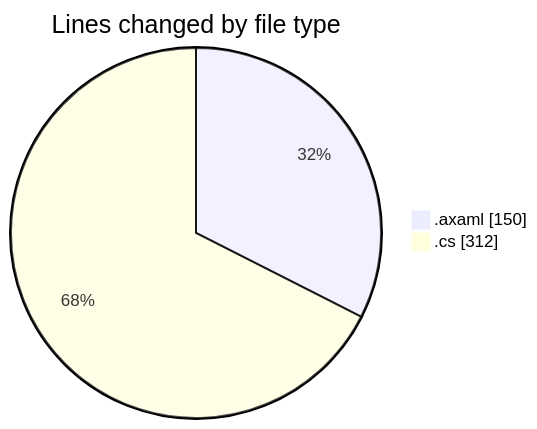
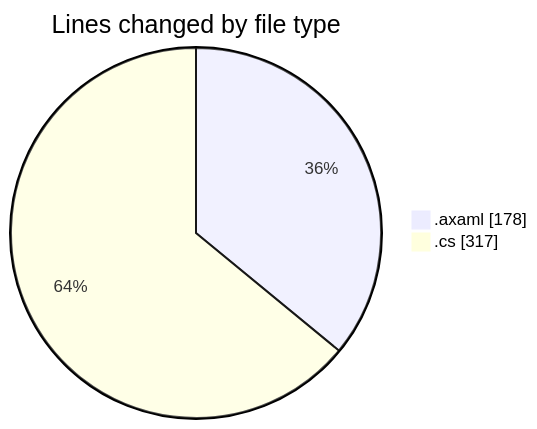
The first of 2 diagrams in 2025-11-01/skintrack/README.md (Netris89/code-tracking), drawn with Mermaid before and after one commit. The commit also changed other lines of this file and 1 other file, not shown here.

````diff
--- a/2025-11-01/skintrack/README.md
+++ b/2025-11-01/skintrack/README.md
@@ -24,6 +24,6 @@
 ```mermaid
 pie showData
 title Lines changed by file type
-".axaml" : 150
-".cs" : 312
+".axaml" : 178
+".cs" : 317
 ```
````
